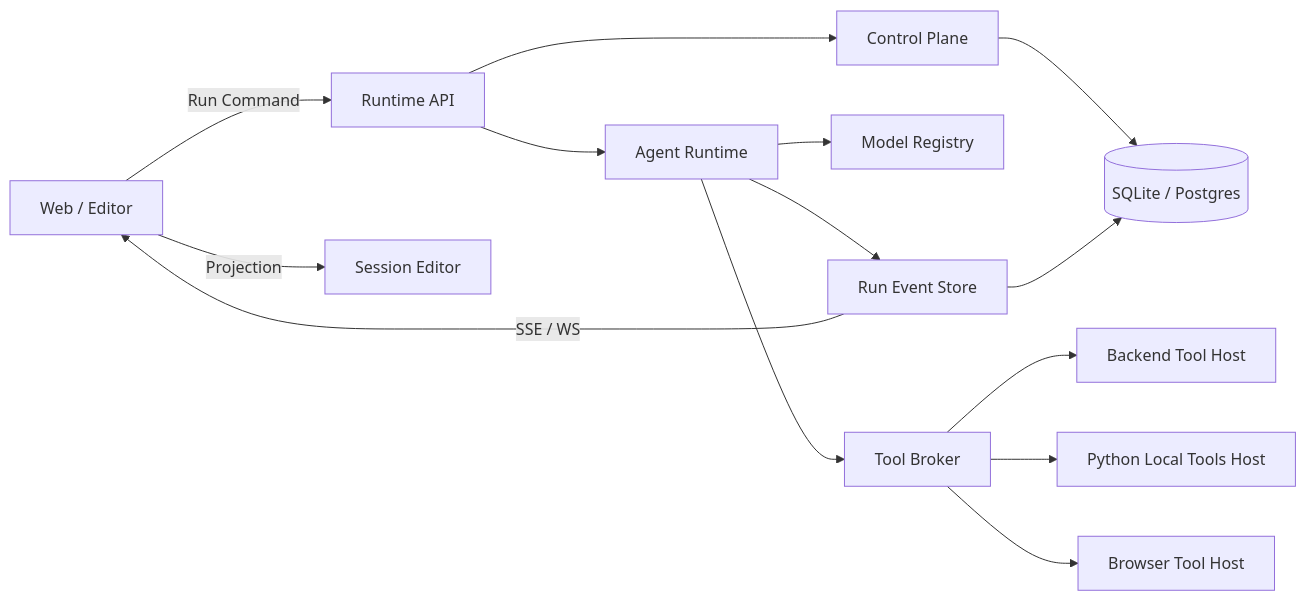
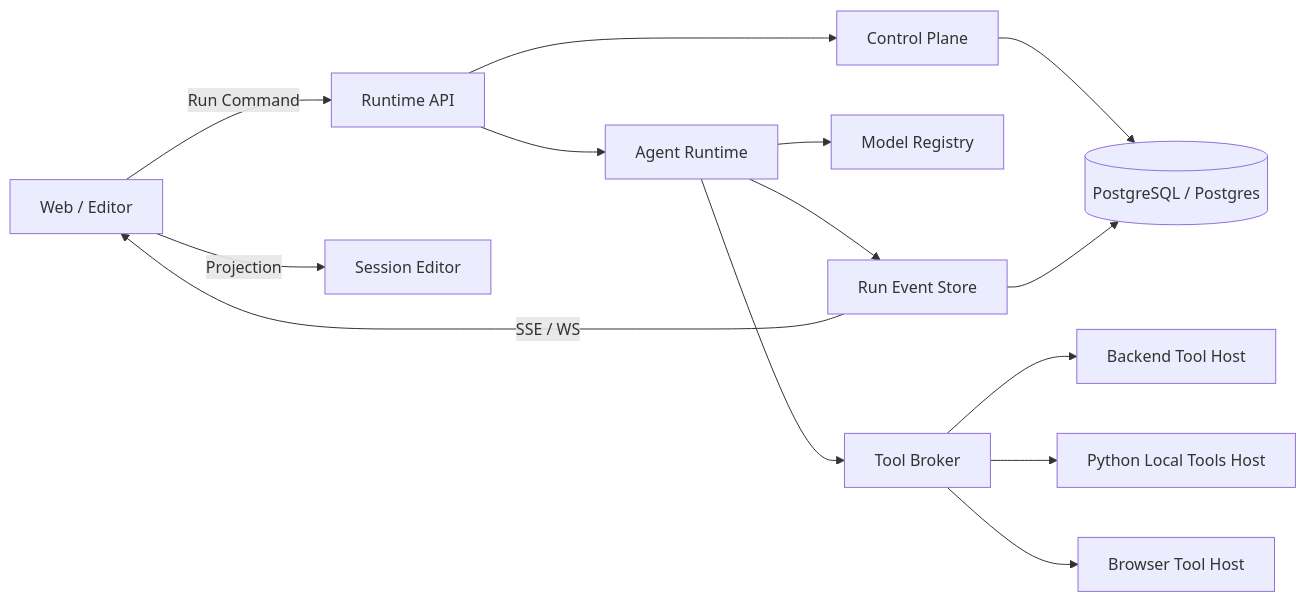
One commit to zioon-tech/zioon changed the diagram in docs/architecture/AGENT-RUNTIME-BOUNDARY-STRATEGY.md. Above: the diagram before and after it, drawn with Mermaid. The commit also changed 293 other files, not shown here.

````diff
--- a/docs/architecture/AGENT-RUNTIME-BOUNDARY-STRATEGY.md
+++ b/docs/architecture/AGENT-RUNTIME-BOUNDARY-STRATEGY.md
@@ -220,18 +220,18 @@
 ```mermaid
 flowchart LR
   UI[Web / Editor] -->|Run Command| API[Runtime API]
   API --> CP[Control Plane]
   API --> AR[Agent Runtime]
   AR --> MR[Model Registry]
   AR --> TB[Tool Broker]
   AR --> ES[Run Event Store]
   ES -->|SSE / WS| UI
 
   TB --> BT[Backend Tool Host]
   TB --> PY[Python Local Tools Host]
   TB --> BH[Browser Tool Host]
 
-  CP --> DB[(SQLite / Postgres)]
+  CP --> DB[(PostgreSQL / Postgres)]
   ES --> DB
   UI -->|Projection| SE[Session Editor]
 ```
````
